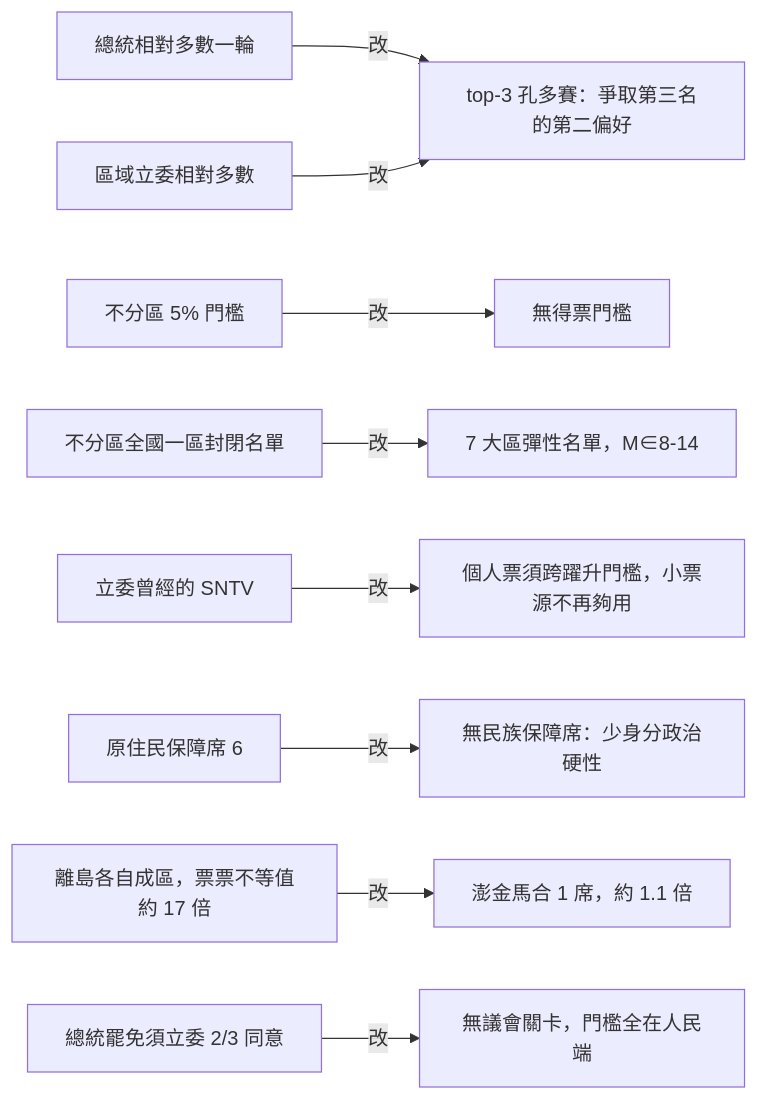
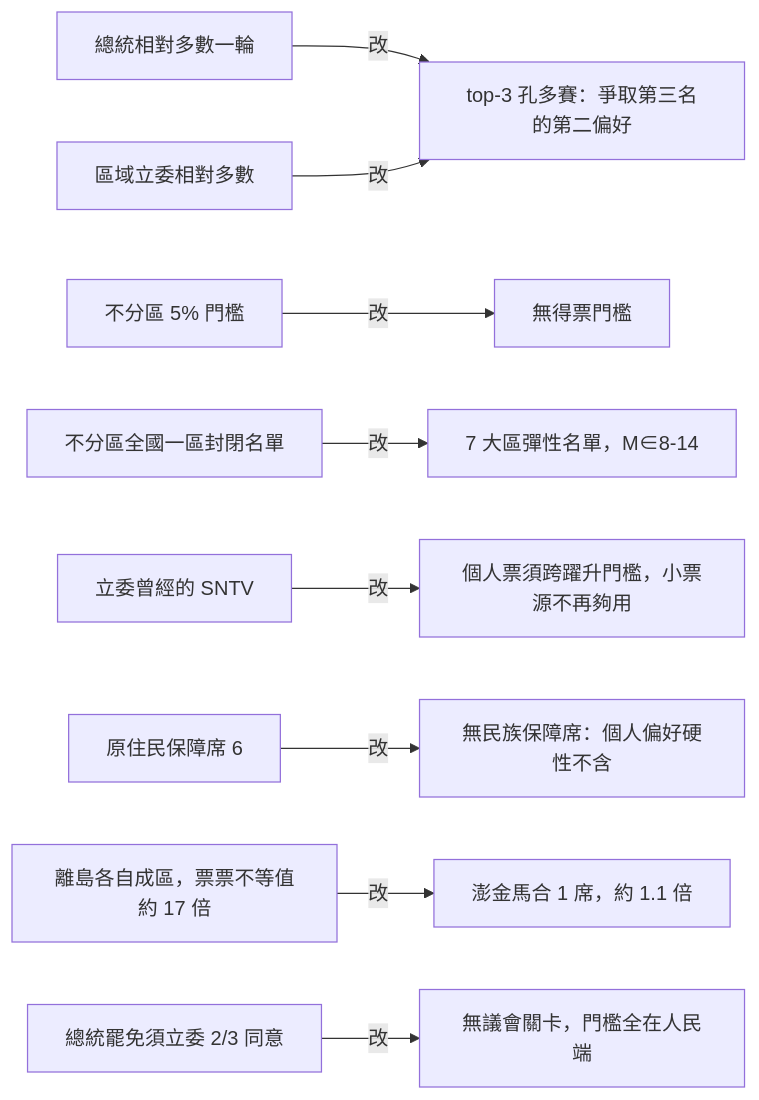
One commit to IRonROOT578/Political-Economy-Research-Public changed the second of 10 diagrams in topics/regime-designs/designs/台灣/一院總統制/憲政架構圖.md. Above: the diagram before and after it, drawn with Mermaid. The commit also changed other lines of this file and 128 other files, not shown here.

````diff
--- a/topics/regime-designs/designs/台灣/一院總統制/憲政架構圖.md
+++ b/topics/regime-designs/designs/台灣/一院總統制/憲政架構圖.md
@@ -27,11 +27,11 @@
 ```mermaid
 flowchart LR
   N1[總統相對多數一輪] -->|改| C1[top-3 孔多賽：爭取第三名的第二偏好]
   N2[區域立委相對多數] -->|改| C1
   N3[不分區 5% 門檻] -->|改| C2[無得票門檻]
   N4[不分區全國一區封閉名單] -->|改| C3[7 大區彈性名單，M∈8-14]
   N5[立委曾經的 SNTV] -->|改| C4[個人票須跨躍升門檻，小票源不再夠用]
-  N6[原住民保障席 6] -->|改| C5[無民族保障席：少身分政治硬性]
+  N6[原住民保障席 6] -->|改| C5[無民族保障席：個人偏好硬性不含]
   N7[離島各自成區，票票不等值約 17 倍] -->|改| C6[澎金馬合 1 席，約 1.1 倍]
   N8[總統罷免須立委 2/3 同意] -->|改| C7[無議會關卡，門檻全在人民端]
 ```
````
